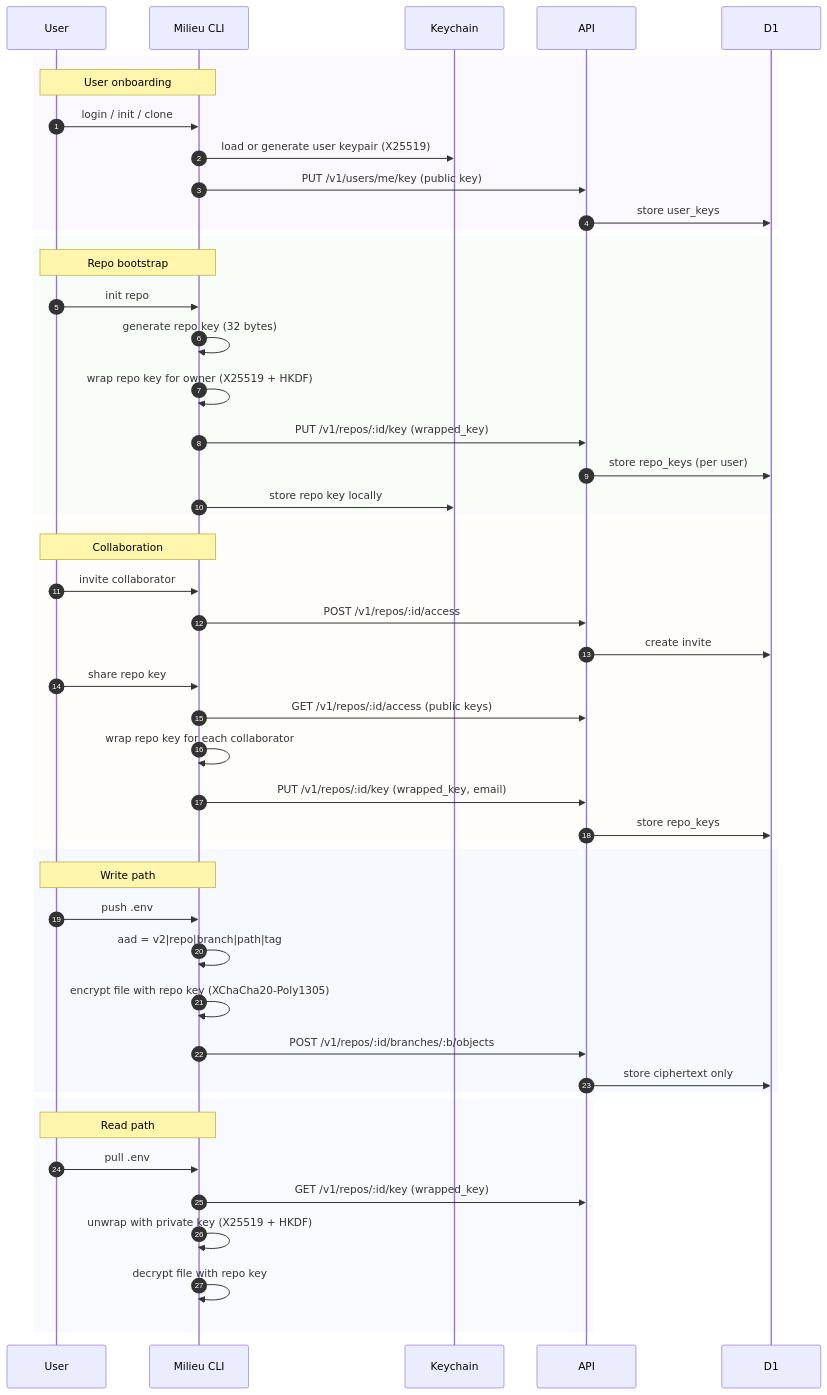
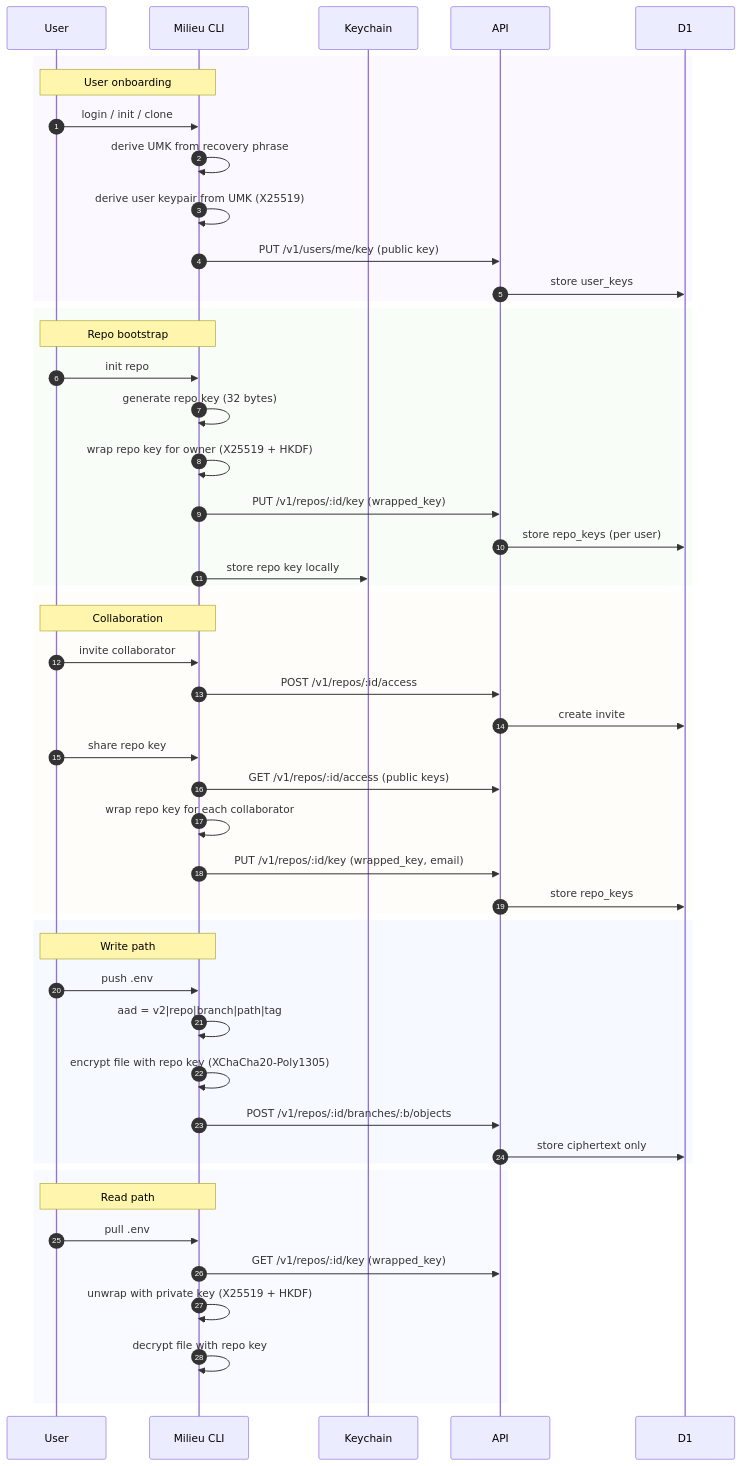
Before and after one commit to citizenhicks/milieu: the diagram in README.md, drawn with Mermaid. The commit also changed other lines of this file and 5 other files, not shown here.

````diff
--- a/README.md
+++ b/README.md
@@ -50,56 +50,57 @@
 ```mermaid
 sequenceDiagram
   autonumber
   participant U as User
   participant C as Milieu CLI
   participant K as Keychain
   participant S as API
   participant D as D1
 
   rect rgba(203, 166, 247, 0.08)
   note over U,C: User onboarding
   U->>C: login / init / clone
-  C->>K: load or generate user keypair (X25519)
+  C->>C: derive UMK from recovery phrase
+  C->>C: derive user keypair from UMK (X25519)
   C->>S: PUT /v1/users/me/key (public key)
   S->>D: store user_keys
   end
 
   rect rgba(166, 227, 161, 0.08)
   note over U,C: Repo bootstrap
   U->>C: init repo
   C->>C: generate repo key (32 bytes)
   C->>C: wrap repo key for owner (X25519 + HKDF)
   C->>S: PUT /v1/repos/:id/key (wrapped_key)
   S->>D: store repo_keys (per user)
   C->>K: store repo key locally
   end
 
   rect rgba(249, 226, 175, 0.08)
   note over U,C: Collaboration
   U->>C: invite collaborator
   C->>S: POST /v1/repos/:id/access
   S->>D: create invite
   U->>C: share repo key
   C->>S: GET /v1/repos/:id/access (public keys)
   C->>C: wrap repo key for each collaborator
   C->>S: PUT /v1/repos/:id/key (wrapped_key, email)
   S->>D: store repo_keys
   end
 
   rect rgba(137, 180, 250, 0.08)
   note over U,C: Write path
   U->>C: push .env
   C->>C: aad = v2|repo|branch|path|tag
   C->>C: encrypt file with repo key (XChaCha20‑Poly1305)
   C->>S: POST /v1/repos/:id/branches/:b/objects
   S->>D: store ciphertext only
   end
 
   rect rgba(180, 190, 254, 0.08)
   note over U,C: Read path
   U->>C: pull .env
   C->>S: GET /v1/repos/:id/key (wrapped_key)
   C->>C: unwrap with private key (X25519 + HKDF)
   C->>C: decrypt file with repo key
   end
 ```
````
